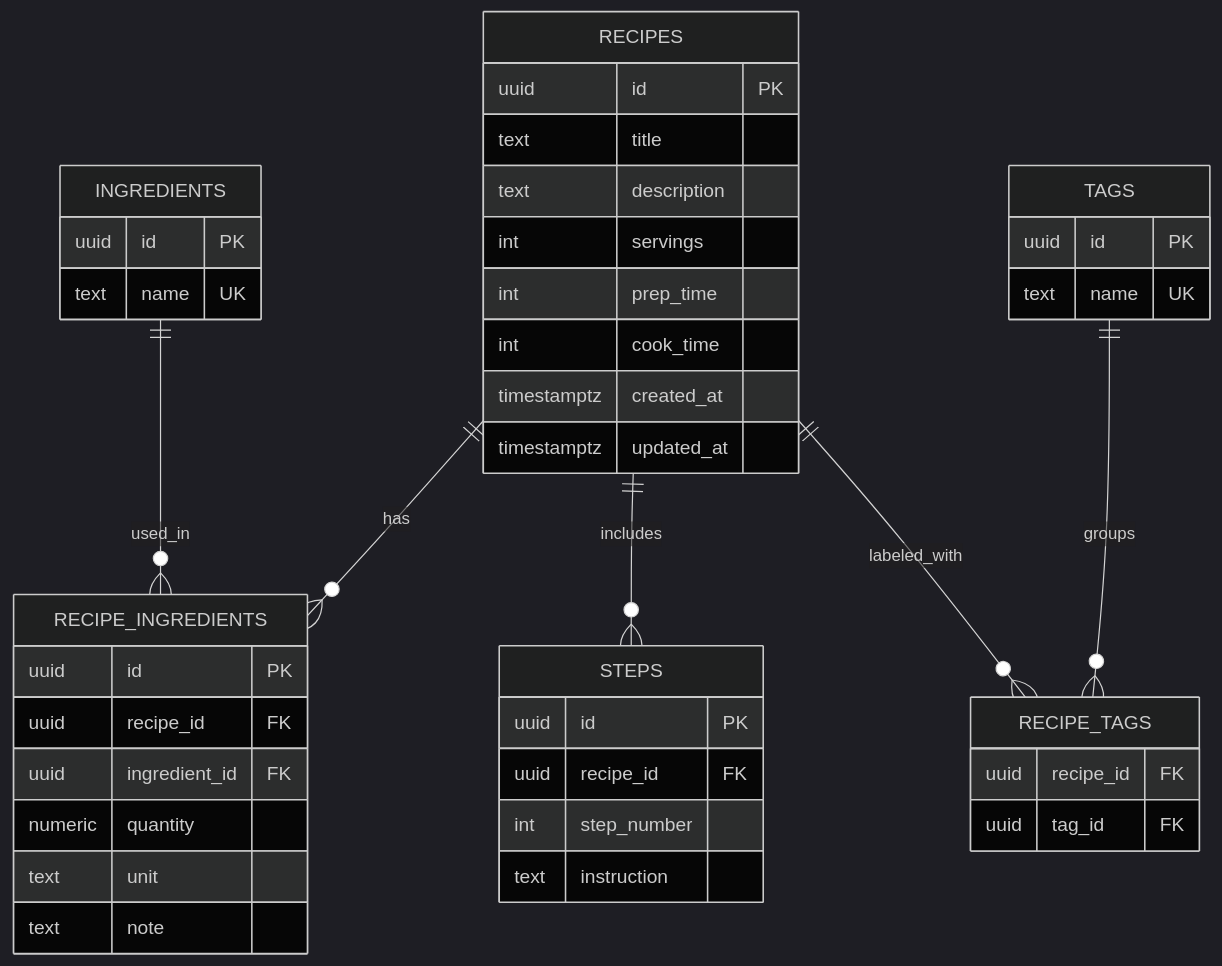
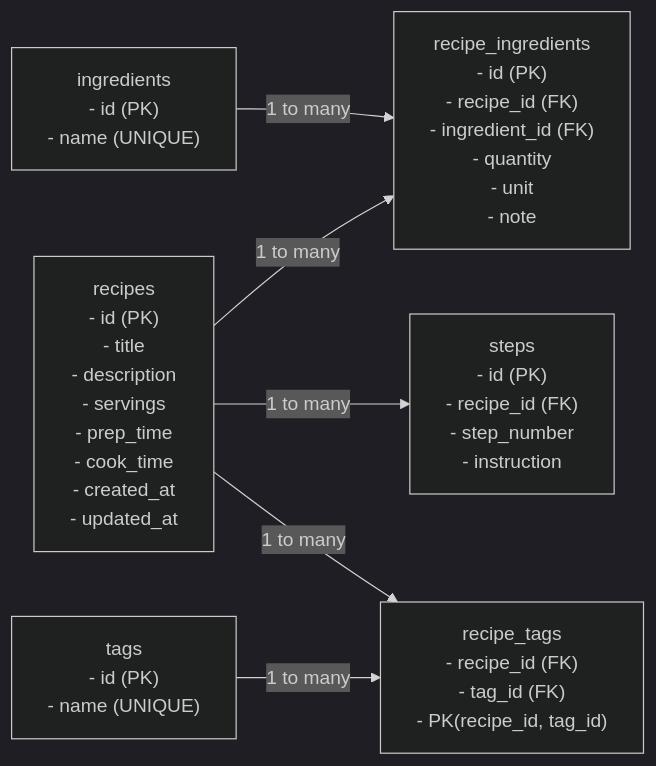
One commit to tektechnologies/cafe-keeper-app changed the diagram in README.md. Above: the diagram before and after it, drawn with Mermaid (dark theme). The commit also changed other lines of this file, not shown here.

Commit message:
add readme information for the database

````diff
--- a/README.md
+++ b/README.md
@@ -103,50 +103,15 @@
 ```mermaid
-erDiagram
-    RECIPES ||--o{ RECIPE_INGREDIENTS : has
-    INGREDIENTS ||--o{ RECIPE_INGREDIENTS : used_in
-    RECIPES ||--o{ STEPS : includes
-    RECIPES ||--o{ RECIPE_TAGS : labeled_with
-    TAGS ||--o{ RECIPE_TAGS : groups
+flowchart LR
+    RECIPES["recipes\n- id (PK)\n- title\n- description\n- servings\n- prep_time\n- cook_time\n- created_at\n- updated_at"]
+    INGREDIENTS["ingredients\n- id (PK)\n- name (UNIQUE)"]
+    RECIPE_INGREDIENTS["recipe_ingredients\n- id (PK)\n- recipe_id (FK)\n- ingredient_id (FK)\n- quantity\n- unit\n- note"]
+    STEPS["steps\n- id (PK)\n- recipe_id (FK)\n- step_number\n- instruction"]
+    TAGS["tags\n- id (PK)\n- name (UNIQUE)"]
+    RECIPE_TAGS["recipe_tags\n- recipe_id (FK)\n- tag_id (FK)\n- PK(recipe_id, tag_id)"]
 
-    RECIPES {
-      uuid id PK
-      text title
-      text description
-      int servings
-      int prep_time
-      int cook_time
-      timestamptz created_at
-      timestamptz updated_at
-    }
-
-    INGREDIENTS {
-      uuid id PK
-      text name UK
-    }
-
-    RECIPE_INGREDIENTS {
-      uuid id PK
-      uuid recipe_id FK
-      uuid ingredient_id FK
-      numeric quantity
-      text unit
-      text note
-    }
-
-    STEPS {
-      uuid id PK
-      uuid recipe_id FK
-      int step_number
-      text instruction
-    }
-
-    TAGS {
-      uuid id PK
-      text name UK
-    }
-
-    RECIPE_TAGS {
-      uuid recipe_id FK
-      uuid tag_id FK
-    }
+    RECIPES -->|"1 to many"| RECIPE_INGREDIENTS
+    INGREDIENTS -->|"1 to many"| RECIPE_INGREDIENTS
+    RECIPES -->|"1 to many"| STEPS
+    RECIPES -->|"1 to many"| RECIPE_TAGS
+    TAGS -->|"1 to many"| RECIPE_TAGS
 ```
````
